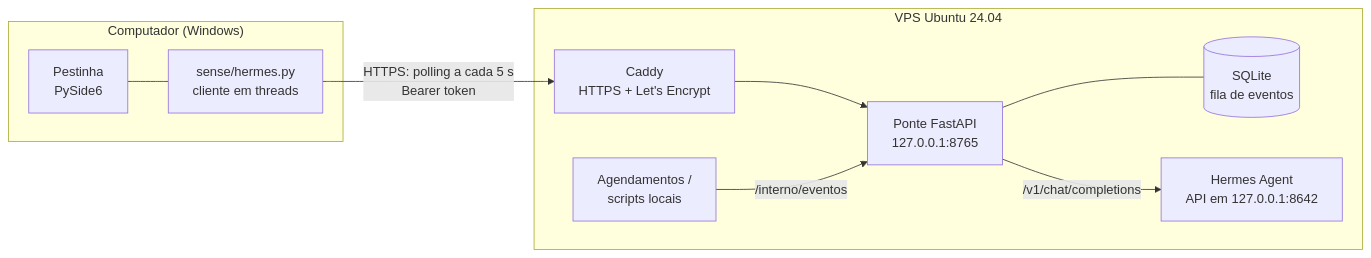
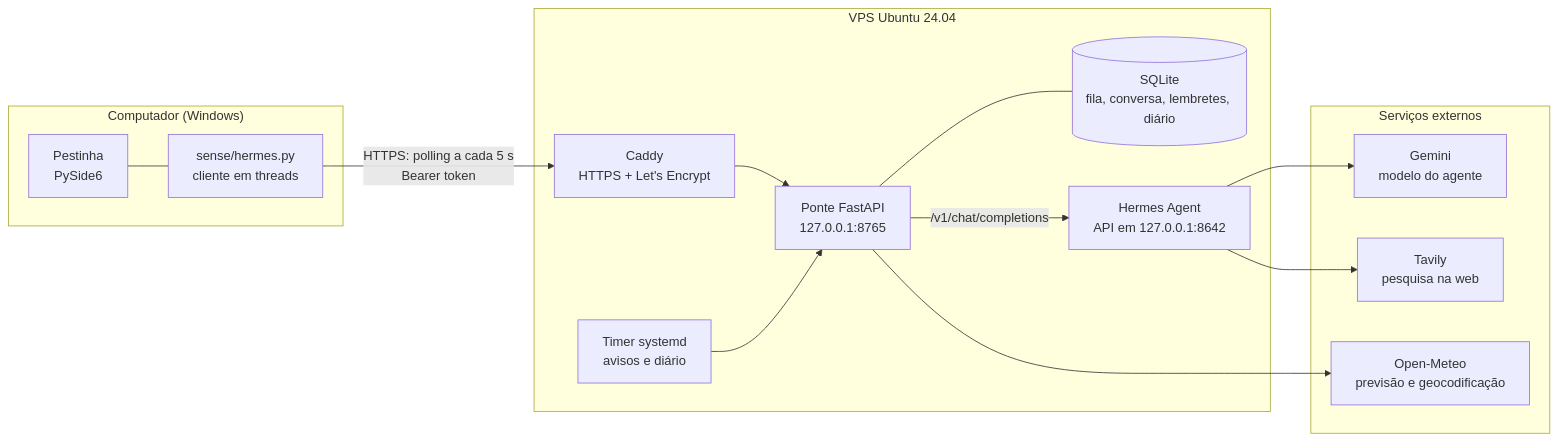
The diagram in README.md (Sheila724/pestinha-hermes), drawn with Mermaid before and after one commit. The commit also changed other lines of this file and 1 other file, not shown here.

````diff
--- a/README.md
+++ b/README.md
@@ -21,20 +36,28 @@
 ```mermaid
 flowchart LR
     subgraph PC["Computador (Windows)"]
         Pet["Pestinha<br/>PySide6"]
         Cli["sense/hermes.py<br/>cliente em threads"]
         Pet --- Cli
     end
     subgraph VPS["VPS Ubuntu 24.04"]
         Caddy["Caddy<br/>HTTPS + Let's Encrypt"]
         Ponte["Ponte FastAPI<br/>127.0.0.1:8765"]
-        DB[("SQLite<br/>fila de eventos")]
+        DB[("SQLite<br/>fila, conversa, lembretes, diário")]
         Hermes["Hermes Agent<br/>API em 127.0.0.1:8642"]
-        Cron["Agendamentos /<br/>scripts locais"]
+        Timer["Timer systemd<br/>avisos e diário"]
         Caddy --> Ponte
         Ponte --- DB
         Ponte -->|"/v1/chat/completions"| Hermes
-        Cron -->|"/interno/eventos"| Ponte
+        Timer --> Ponte
+    end
+    subgraph Fora["Serviços externos"]
+        Gemini["Gemini<br/>modelo do agente"]
+        Tavily["Tavily<br/>pesquisa na web"]
+        Meteo["Open-Meteo<br/>previsão e geocodificação"]
     end
     Cli -->|"HTTPS: polling a cada 5 s<br/>Bearer token"| Caddy
+    Hermes --> Gemini
+    Hermes --> Tavily
+    Ponte --> Meteo
 ```
````
